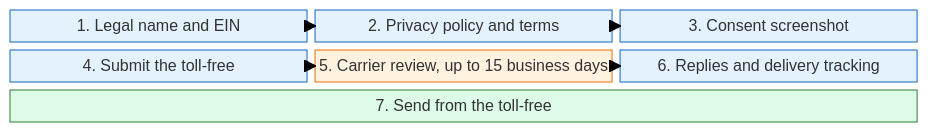
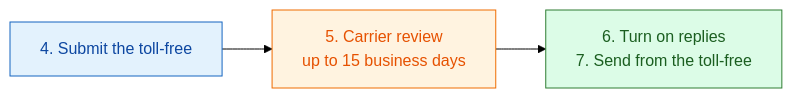
Before and after one commit to daava-hq/shared-docs: the fourth of 6 diagrams in docs/office-number-texting-report.md, drawn with Mermaid (forest theme). The commit also changed other lines of this file, not shown here.

First line of the commit message:
Fit the texting diagrams to the page

````diff
--- a/docs/office-number-texting-report.md
+++ b/docs/office-number-texting-report.md
@@ -156,22 +164,11 @@
 ```mermaid
-block-beta
-  columns 3
-  A["1. Legal name and EIN"]
-  B["2. Privacy policy and terms"]
-  C["3. Consent screenshot"]
-  D["4. Submit the toll-free"]
-  E["5. Carrier review, up to 15 business days"]
-  F["6. Replies and delivery tracking"]
-  G["7. Send from the toll-free"]:3
-  A --> B
-  B --> C
-  D --> E
-  E --> F
-  style A fill:#e3f2fd,stroke:#1565c0,color:#0d47a1
-  style B fill:#e3f2fd,stroke:#1565c0,color:#0d47a1
-  style C fill:#e3f2fd,stroke:#1565c0,color:#0d47a1
-  style D fill:#e3f2fd,stroke:#1565c0,color:#0d47a1
-  style F fill:#e3f2fd,stroke:#1565c0,color:#0d47a1
-  style E fill:#fff3e0,stroke:#ef6c00,color:#e65100
-  style G fill:#dcfce7,stroke:#2e7d32,color:#1b5e20
+flowchart LR
+  D["4. Submit the toll-free"] --> E["5. Carrier review<br/>up to 15 business days"] --> G["6. Turn on replies<br/>7. Send from the toll-free"]
+
+  classDef actionNode fill:#e3f2fd,stroke:#1565c0,color:#0d47a1
+  classDef waitNode fill:#fff3e0,stroke:#ef6c00,color:#e65100
+  classDef cleanNode fill:#dcfce7,stroke:#2e7d32,color:#1b5e20
+  class D actionNode
+  class E waitNode
+  class G cleanNode
 ```
````
